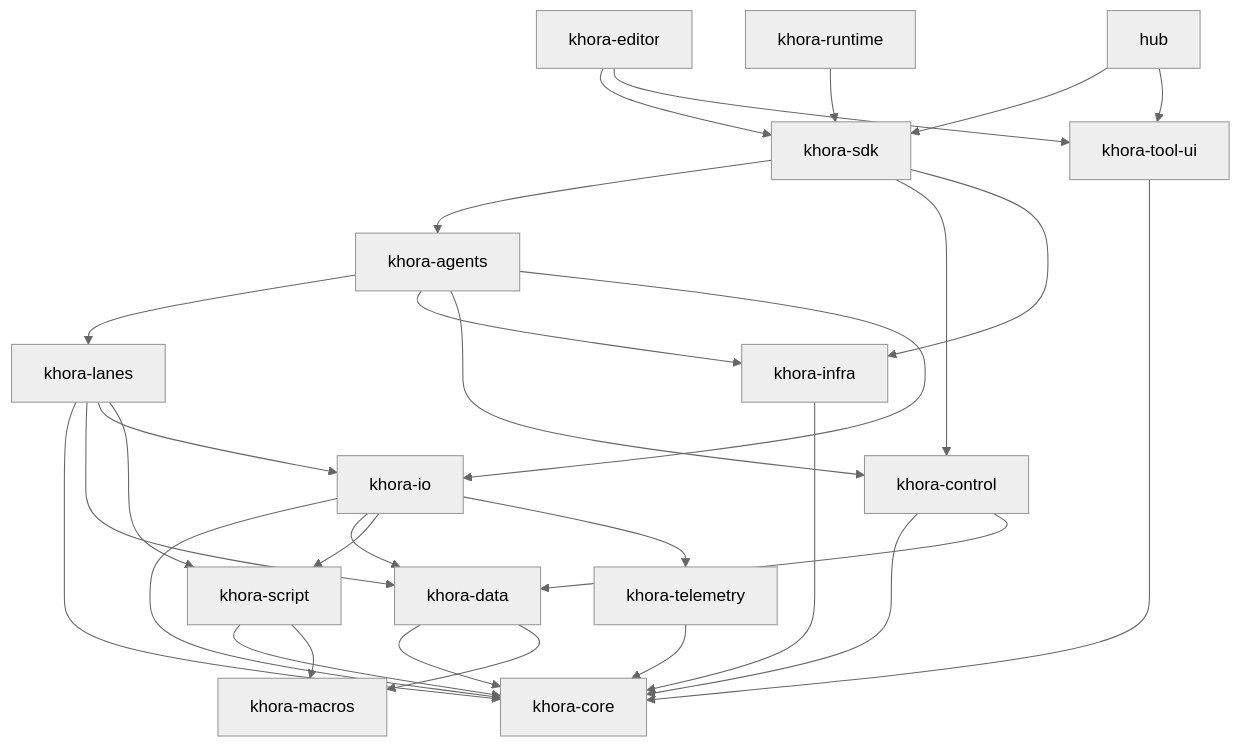
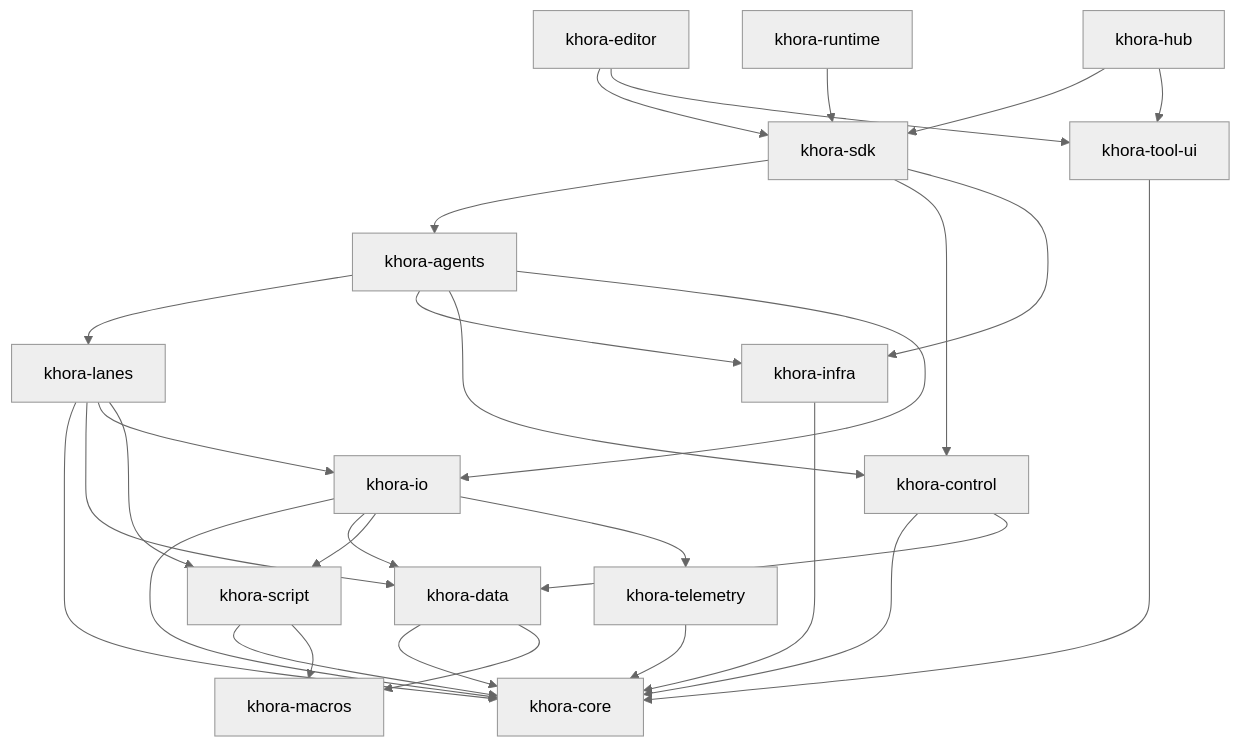
Before and after one commit to eraflo/KhoraEngine: the diagram in docs/src/reference/crates.md, drawn with Mermaid (neutral theme). The commit also changed other lines of this file and 19 other files, not shown here.

````diff
--- a/docs/src/reference/crates.md
+++ b/docs/src/reference/crates.md
@@ -55,48 +55,48 @@
 ```mermaid
 graph TD
     CORE[khora-core]
     MACRO[khora-macros]
     DATA[khora-data]
     CTRL[khora-control]
     SCRIPT[khora-script]
     TELE[khora-telemetry]
     INFRA[khora-infra]
     TOOLUI[khora-tool-ui]
     IO[khora-io]
     LANE[khora-lanes]
     AGT[khora-agents]
     SDK[khora-sdk]
     ED[khora-editor]
-    HUB[hub]
+    HUB[khora-hub]
     RT[khora-runtime]
 
     DATA --> CORE
     DATA --> MACRO
     CTRL --> CORE
     CTRL --> DATA
     SCRIPT --> CORE
     SCRIPT --> MACRO
     TELE --> CORE
     INFRA --> CORE
     TOOLUI --> CORE
     IO --> CORE
     IO --> DATA
     IO --> SCRIPT
     IO --> TELE
     LANE --> CORE
     LANE --> DATA
     LANE --> IO
     LANE --> SCRIPT
     AGT --> LANE
     AGT --> INFRA
     AGT --> CTRL
     AGT --> IO
     SDK --> AGT
     SDK --> CTRL
     SDK --> INFRA
     ED --> SDK
     ED --> TOOLUI
     HUB --> SDK
     HUB --> TOOLUI
     RT --> SDK
 ```
````
